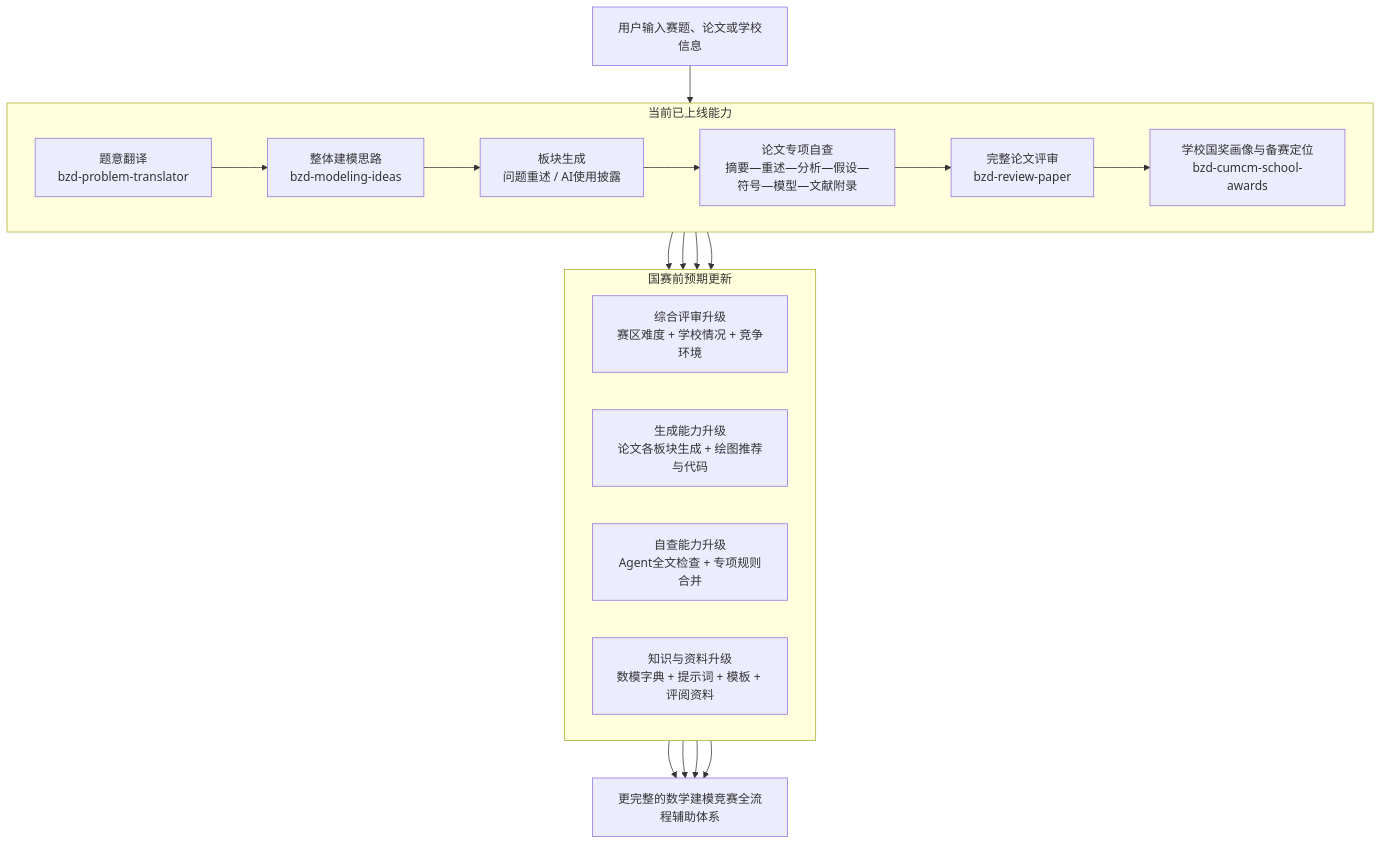
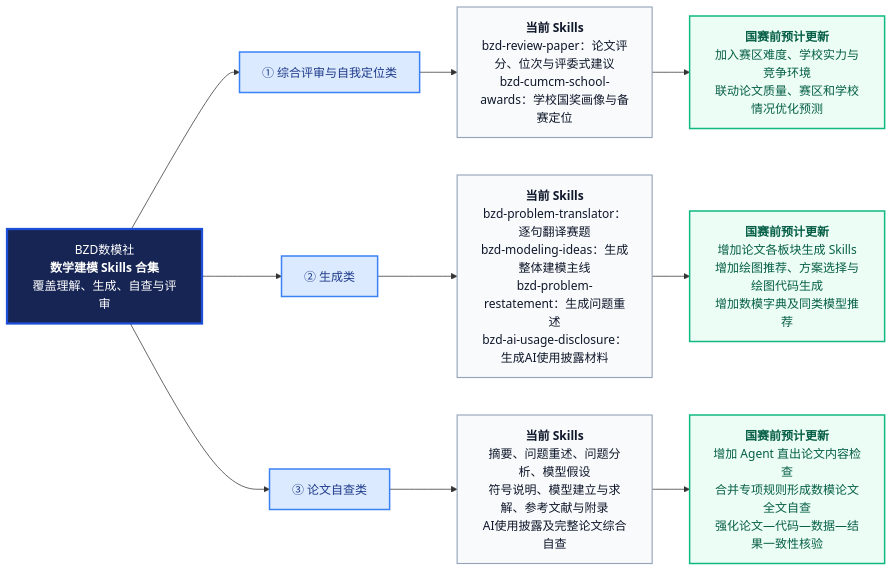
One commit to BZDmathclub/bzd-math-modeling-skills changed the first of 2 diagrams in README.md. Above: the diagram before and after it, drawn with Mermaid.

````diff
--- a/README.md
+++ b/README.md
@@ -73,35 +71,35 @@
 ```mermaid
-flowchart TB
-    A["用户输入赛题、论文或学校信息"]
+flowchart LR
+    BZD["BZD数模社<br/><b>数学建模 Skills 合集</b><br/>覆盖理解、生成、自查与评审"]
 
-    subgraph NOW["当前已上线能力"]
-        direction LR
-        N1["题意翻译<br/>bzd-problem-translator"]
-        N2["整体建模思路<br/>bzd-modeling-ideas"]
-        N3["板块生成<br/>问题重述 / AI使用披露"]
-        N4["论文专项自查<br/>摘要—重述—分析—假设—符号—模型—文献附录"]
-        N5["完整论文评审<br/>bzd-review-paper"]
-        N6["学校国奖画像与备赛定位<br/>bzd-cumcm-school-awards"]
-        N1 --> N2 --> N3 --> N4 --> N5 --> N6
-    end
+    REVIEW["① 综合评审与自我定位类"]
+    GENERATE["② 生成类"]
+    CHECK["③ 论文自查类"]
 
-    A --> N1
+    R_NOW["<b>当前 Skills</b><br/>bzd-review-paper：论文评分、位次与评委式建议<br/>bzd-cumcm-school-awards：学校国奖画像与备赛定位"]
+    R_UPDATE["<b>国赛前预计更新</b><br/>加入赛区难度、学校实力与竞争环境<br/>联动论文质量、赛区和学校情况优化预测"]
 
-    subgraph UPDATE["国赛前预期更新"]
-        direction LR
-        U1["综合评审升级<br/>赛区难度 + 学校情况 + 竞争环境"]
-        U2["生成能力升级<br/>论文各板块生成 + 绘图推荐与代码"]
-        U3["自查能力升级<br/>Agent全文检查 + 专项规则合并"]
-        U4["知识与资料升级<br/>数模字典 + 提示词 + 模板 + 评阅资料"]
-    end
+    G_NOW["<b>当前 Skills</b><br/>bzd-problem-translator：逐句翻译赛题<br/>bzd-modeling-ideas：生成整体建模主线<br/>bzd-problem-restatement：生成问题重述<br/>bzd-ai-usage-disclosure：生成AI使用披露材料"]
+    G_UPDATE["<b>国赛前预计更新</b><br/>增加论文各板块生成 Skills<br/>增加绘图推荐、方案选择与绘图代码生成<br/>增加数模字典及同类模型推荐"]
 
-    N5 --> U1
-    N3 --> U2
-    N4 --> U3
-    N2 --> U4
+    C_NOW["<b>当前 Skills</b><br/>摘要、问题重述、问题分析、模型假设<br/>符号说明、模型建立与求解、参考文献与附录<br/>AI使用披露及完整论文综合自查"]
+    C_UPDATE["<b>国赛前预计更新</b><br/>增加 Agent 直出论文内容检查<br/>合并专项规则形成数模论文全文自查<br/>强化论文—代码—数据—结果一致性核验"]
 
-    U1 --> F["更完整的数学建模竞赛全流程辅助体系"]
-    U2 --> F
-    U3 --> F
-    U4 --> F
+    BZD --> REVIEW
+    BZD --> GENERATE
+    BZD --> CHECK
+
+    REVIEW --> R_NOW --> R_UPDATE
+    GENERATE --> G_NOW --> G_UPDATE
+    CHECK --> C_NOW --> C_UPDATE
+
+    classDef hub fill:#172554,color:#ffffff,stroke:#1d4ed8,stroke-width:3px;
+    classDef category fill:#dbeafe,color:#1e3a8a,stroke:#3b82f6,stroke-width:2px;
+    classDef current fill:#f8fafc,color:#0f172a,stroke:#94a3b8,stroke-width:1.5px;
+    classDef update fill:#ecfdf5,color:#065f46,stroke:#10b981,stroke-width:2px;
+
+    class BZD hub;
+    class REVIEW,GENERATE,CHECK category;
+    class R_NOW,G_NOW,C_NOW current;
+    class R_UPDATE,G_UPDATE,C_UPDATE update;
 ```
````
